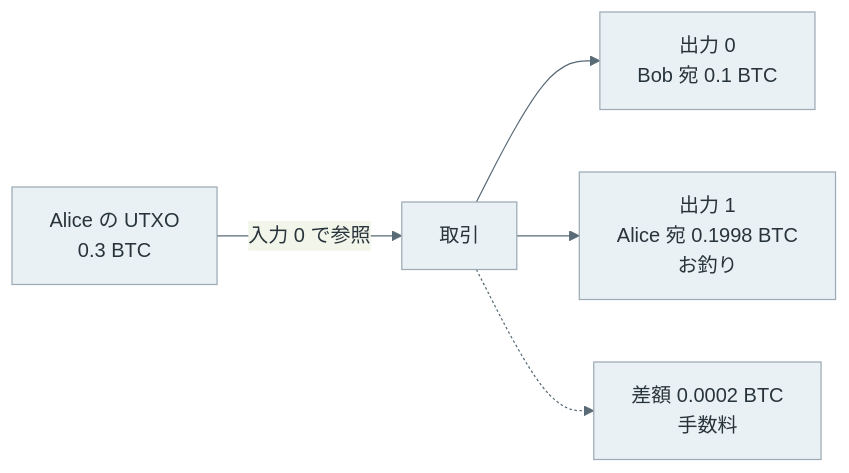
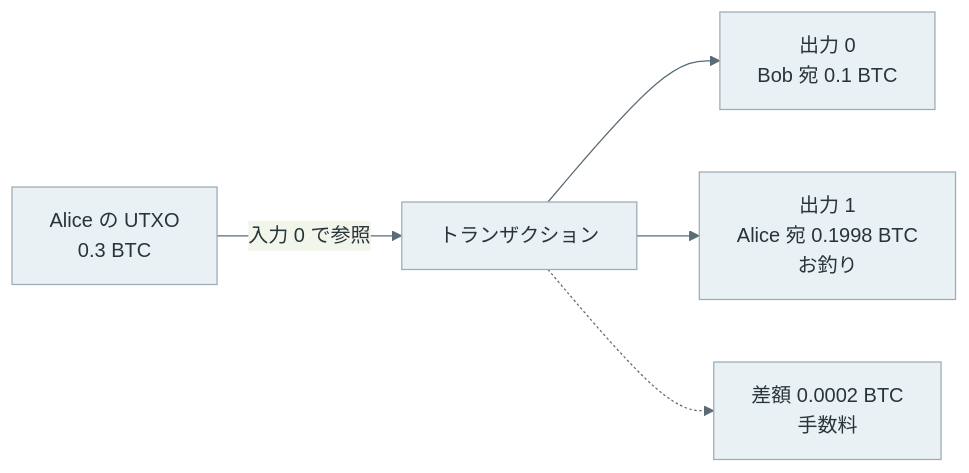
The first of 5 diagrams in content/notes/blockchain-systems/bitcoin-transaction-lifecycle/index.md (nao1215/debimate), drawn with Mermaid before and after one commit. The commit also changed other lines of this file and 129 other files, not shown here.

````diff
--- a/content/notes/blockchain-systems/bitcoin-transaction-lifecycle/index.md
+++ b/content/notes/blockchain-systems/bitcoin-transaction-lifecycle/index.md
@@ -45,9 +45,9 @@
 ```mermaid
 %%{init: {"theme":"base","themeVariables":{"primaryColor":"#eaf1f5","primaryTextColor":"#28343b","primaryBorderColor":"#9cabb5","lineColor":"#596b76","textColor":"#28343b","actorBkg":"#eaf1f5","actorBorder":"#9cabb5","actorTextColor":"#28343b","actorLineColor":"#9cabb5","signalColor":"#596b76","signalTextColor":"#28343b","noteBkgColor":"#f7f1e5","noteBorderColor":"#c5b99b","noteTextColor":"#403c32","activationBkgColor":"#edf3ef","activationBorderColor":"#9aafa1"}}}%%
 flowchart LR
-    U["Alice の UTXO<br/>0.3 BTC"] -->|"入力 0 で参照"| TX["取引"]
+    U["Alice の UTXO<br/>0.3 BTC"] -->|"入力 0 で参照"| TX["トランザクション"]
     TX --> O0["出力 0<br/>Bob 宛 0.1 BTC"]
     TX --> O1["出力 1<br/>Alice 宛 0.1998 BTC<br/>お釣り"]
     TX -.-> F["差額 0.0002 BTC<br/>手数料"]
     classDef default fill:#eaf1f5,stroke:#9cabb5,color:#28343b;
 ```
````
